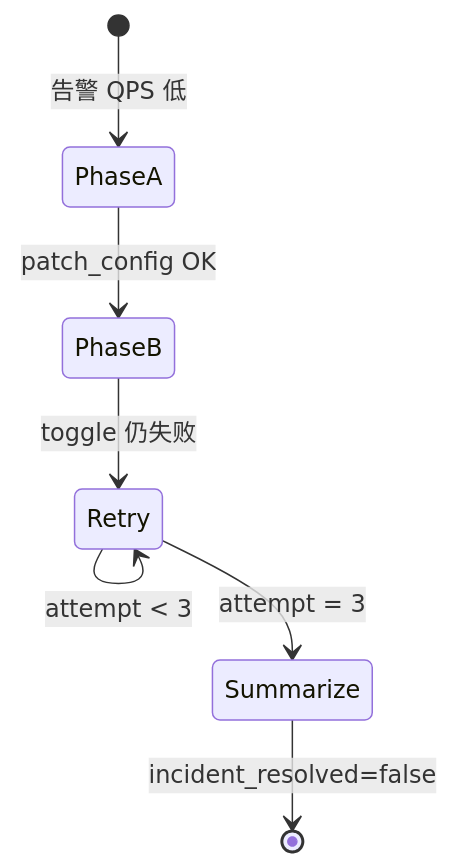
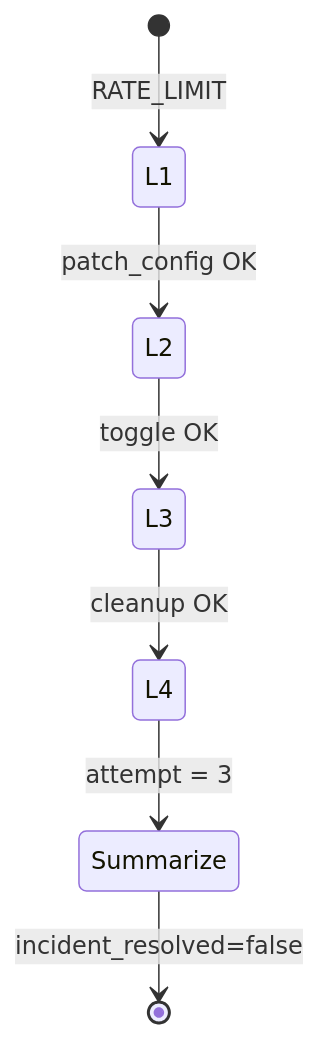
One commit to vogelmyh/ops-agent changed the diagram in ops-agent/docs/test-scenario-trajectories.md. Above: the diagram before and after it, drawn with Mermaid. The commit also changed other lines of this file and 23 other files, not shown here.

````diff
--- a/ops-agent/docs/test-scenario-trajectories.md
+++ b/ops-agent/docs/test-scenario-trajectories.md
@@ -199,9 +225,9 @@
 ```mermaid
 stateDiagram-v2
-    [*] --> PhaseA: 告警 QPS 低
-    PhaseA --> PhaseB: patch_config OK
-    PhaseB --> Retry: toggle 仍失败
-    Retry --> Retry: attempt < 3
-    Retry --> Summarize: attempt = 3
+    [*] --> L1: RATE_LIMIT
+    L1 --> L2: patch_config OK
+    L2 --> L3: toggle OK
+    L3 --> L4: cleanup OK
+    L4 --> Summarize: attempt = 3
     Summarize --> [*]: incident_resolved=false
 ```
````
